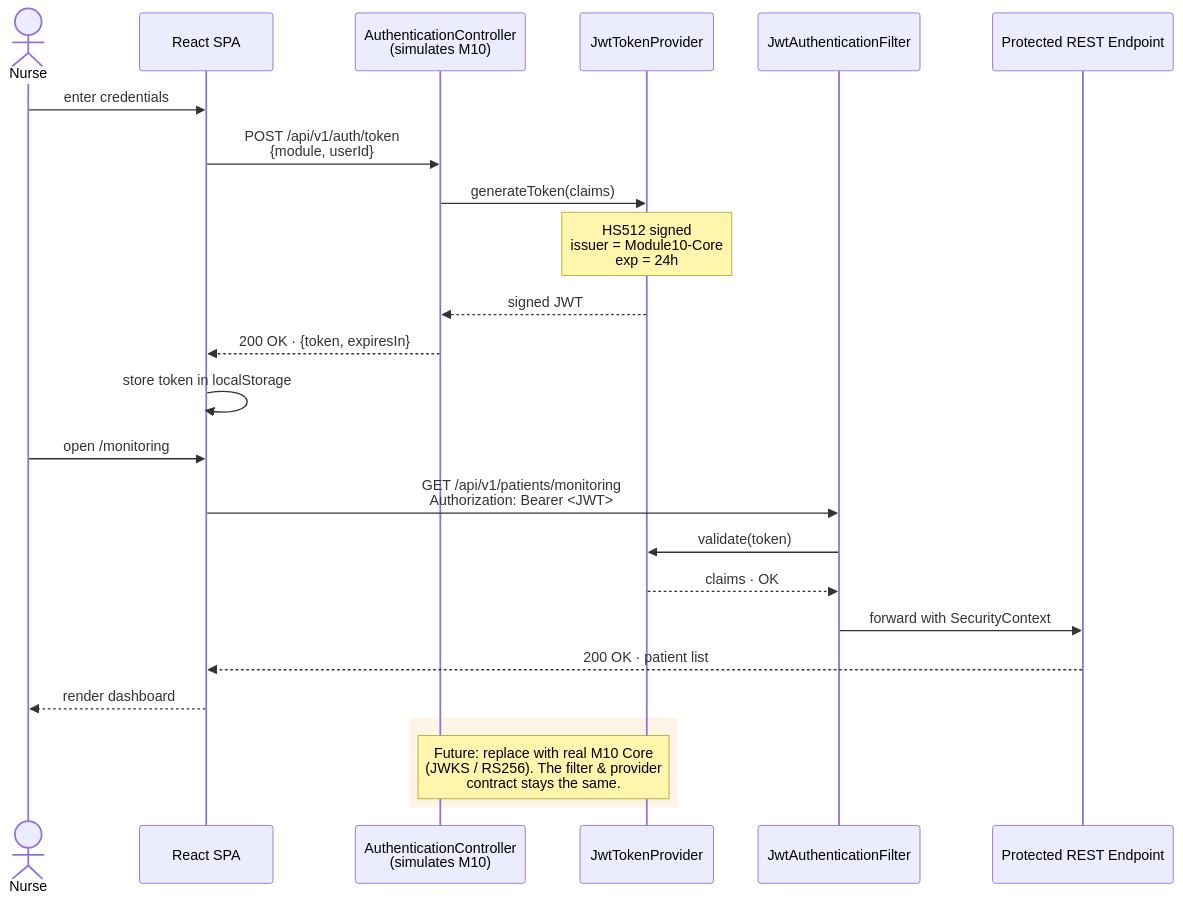
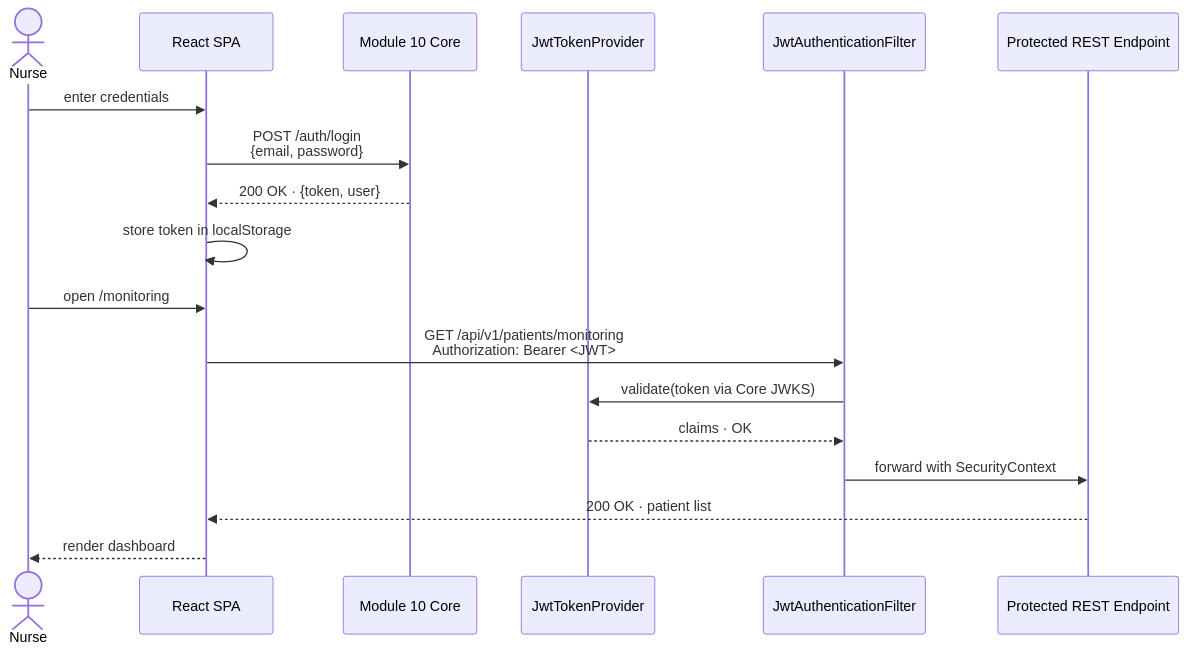
Before and after one commit to ValentinoDiaz0509/tpo-da2: the fourth of 8 diagrams in docs/architecture/architecture-diagrams.md, drawn with Mermaid. The commit also changed other lines of this file and 20 other files, not shown here.

````diff
--- a/docs/architecture/architecture-diagrams.md
+++ b/docs/architecture/architecture-diagrams.md
@@ -199,29 +199,23 @@
 ```mermaid
 sequenceDiagram
     actor Nurse
     participant SPA as React SPA
-    participant AuthCtl as AuthenticationController<br/>(simulates M10)
+    participant Core as Module 10 Core
     participant JwtP as JwtTokenProvider
     participant Filter as JwtAuthenticationFilter
     participant API as Protected REST Endpoint
 
     Nurse->>SPA: enter credentials
-    SPA->>AuthCtl: POST /api/v1/auth/token<br/>{module, userId}
-    AuthCtl->>JwtP: generateToken(claims)
-    Note over JwtP: HS512 signed<br/>issuer = Module10-Core<br/>exp = 24h
-    JwtP-->>AuthCtl: signed JWT
-    AuthCtl-->>SPA: 200 OK · {token, expiresIn}
+    SPA->>Core: POST /auth/login<br/>{email, password}
+    Core-->>SPA: 200 OK · {token, user}
     SPA->>SPA: store token in localStorage
 
     Nurse->>SPA: open /monitoring
     SPA->>Filter: GET /api/v1/patients/monitoring<br/>Authorization: Bearer <JWT>
-    Filter->>JwtP: validate(token)
+    Filter->>JwtP: validate(token via Core JWKS)
     JwtP-->>Filter: claims · OK
     Filter->>API: forward with SecurityContext
     API-->>SPA: 200 OK · patient list
     SPA-->>Nurse: render dashboard
 
-    rect rgb(255,245,230)
-        Note over AuthCtl,JwtP: Future: replace with real M10 Core<br/>(JWKS / RS256). The filter & provider<br/>contract stays the same.
-    end
 ```
````
